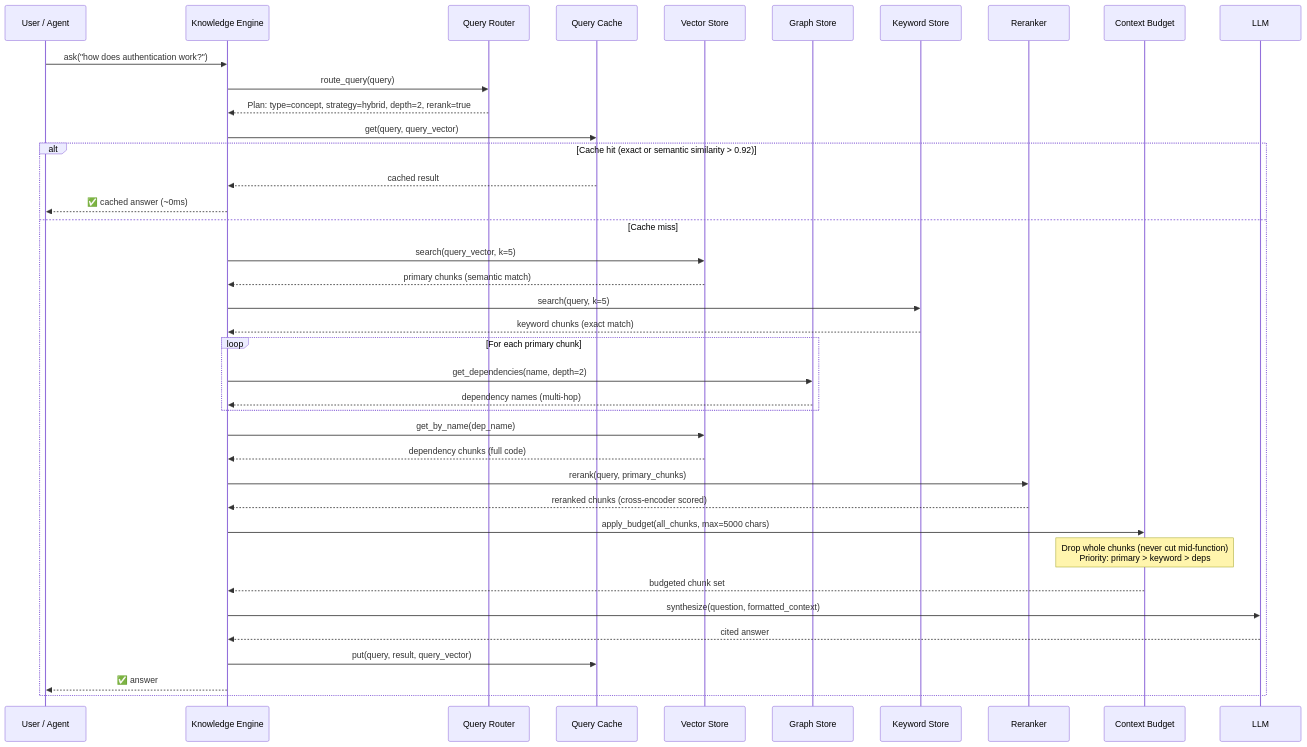
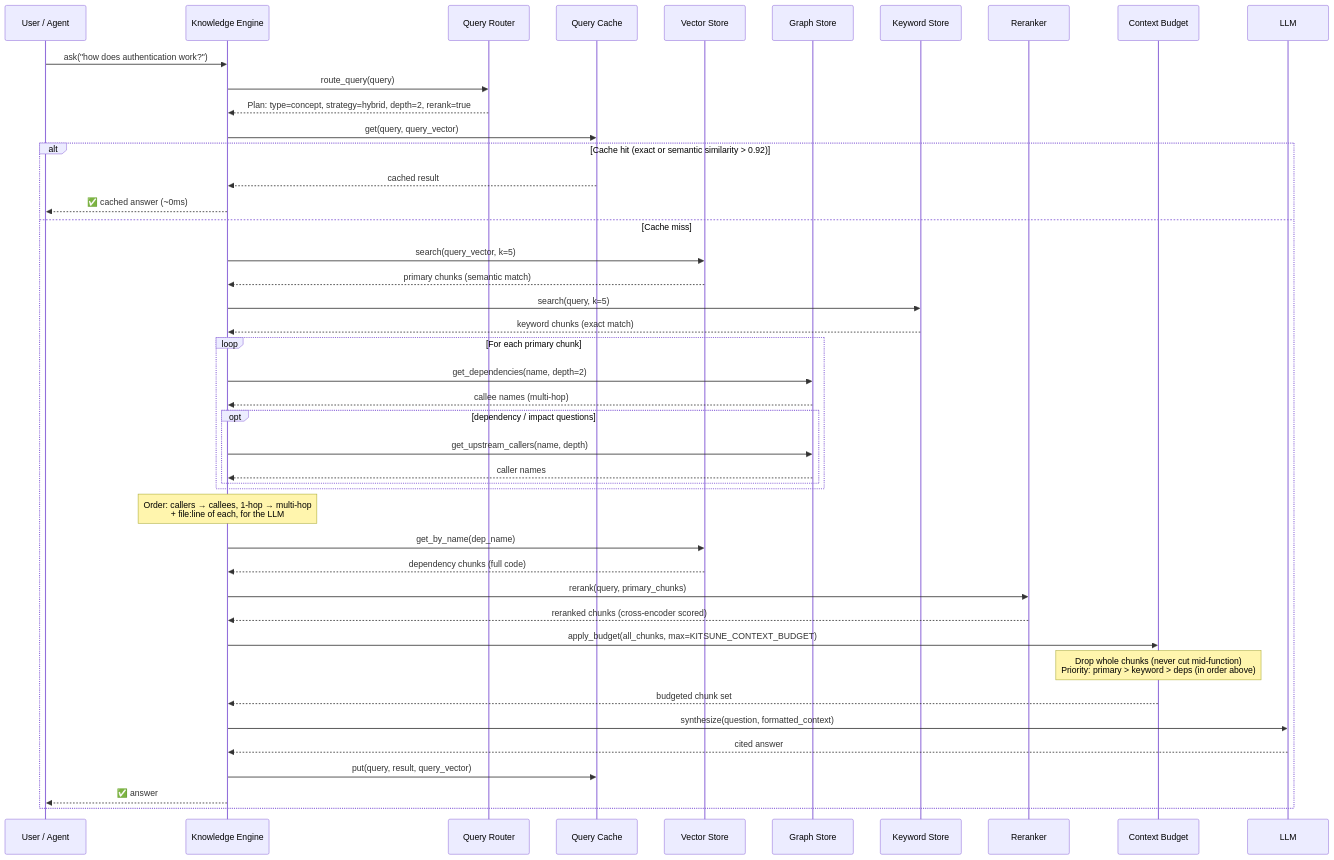
One commit to SayantanBong007/-Kitsune changed the third of 5 diagrams in KITSUNE_ARCHITECTURE.md. Above: the diagram before and after it, drawn with Mermaid. The commit also changed other lines of this file and 27 other files, not shown here.

````diff
--- a/KITSUNE_ARCHITECTURE.md
+++ b/KITSUNE_ARCHITECTURE.md
@@ -265,49 +282,54 @@
 ```mermaid
 sequenceDiagram
     participant User as User / Agent
     participant Engine as Knowledge Engine
     participant Router as Query Router
     participant Cache as Query Cache
     participant VS as Vector Store
     participant GS as Graph Store
     participant KS as Keyword Store
     participant RR as Reranker
     participant Budget as Context Budget
     participant LLM as LLM
 
     User->>Engine: ask("how does authentication work?")
     Engine->>Router: route_query(query)
     Router-->>Engine: Plan: type=concept, strategy=hybrid, depth=2, rerank=true
 
     Engine->>Cache: get(query, query_vector)
     alt Cache hit (exact or semantic similarity > 0.92)
         Cache-->>Engine: cached result
         Engine-->>User: ✅ cached answer (~0ms)
     else Cache miss
         Engine->>VS: search(query_vector, k=5)
         VS-->>Engine: primary chunks (semantic match)
 
         Engine->>KS: search(query, k=5)
         KS-->>Engine: keyword chunks (exact match)
 
         loop For each primary chunk
             Engine->>GS: get_dependencies(name, depth=2)
-            GS-->>Engine: dependency names (multi-hop)
+            GS-->>Engine: callee names (multi-hop)
+            opt dependency / impact questions
+                Engine->>GS: get_upstream_callers(name, depth)
+                GS-->>Engine: caller names
+            end
         end
+        Note over Engine: Order: callers → callees, 1-hop → multi-hop<br/>+ file:line of each, for the LLM
         Engine->>VS: get_by_name(dep_name)
         VS-->>Engine: dependency chunks (full code)
 
         Engine->>RR: rerank(query, primary_chunks)
         RR-->>Engine: reranked chunks (cross-encoder scored)
 
-        Engine->>Budget: apply_budget(all_chunks, max=5000 chars)
-        Note over Budget: Drop whole chunks (never cut mid-function)<br/>Priority: primary > keyword > deps
+        Engine->>Budget: apply_budget(all_chunks, max=KITSUNE_CONTEXT_BUDGET)
+        Note over Budget: Drop whole chunks (never cut mid-function)<br/>Priority: primary > keyword > deps (in order above)
         Budget-->>Engine: budgeted chunk set
 
         Engine->>LLM: synthesize(question, formatted_context)
         LLM-->>Engine: cited answer
 
         Engine->>Cache: put(query, result, query_vector)
         Engine-->>User: ✅ answer
     end
 ```
````
